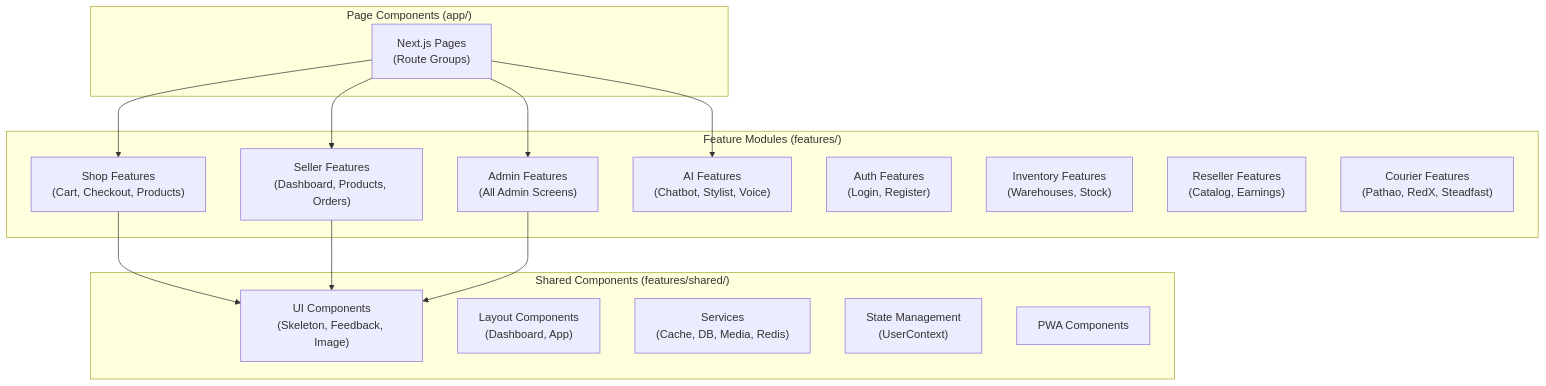
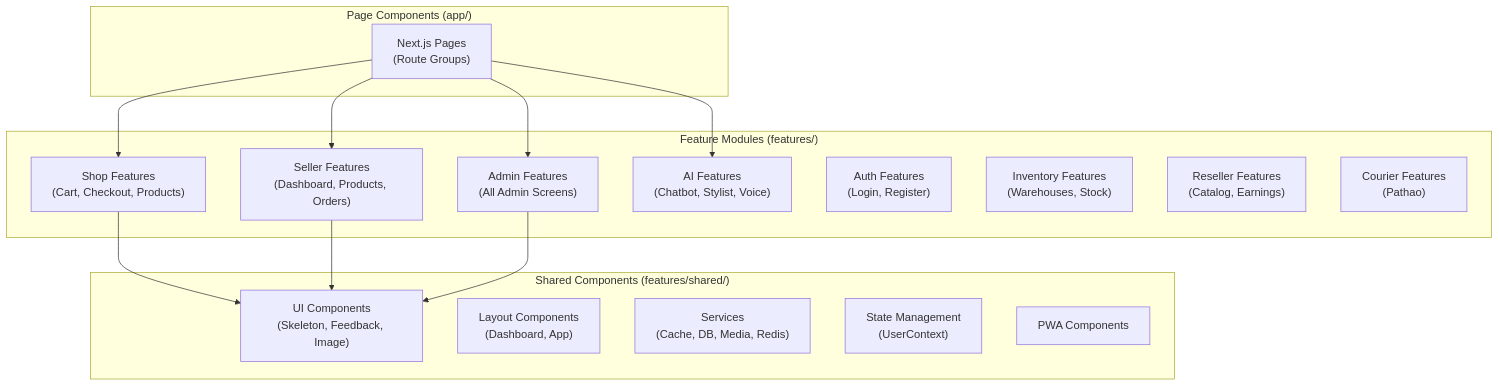
Before and after one commit to Suhan-Ahmad226/LofiMart: the seventh of 9 diagrams in docs/Architecture.md, drawn with Mermaid. The commit also changed other lines of this file and 672 other files, not shown here.

Commit message:
refactor: consolidate marketplace architecture and features

````diff
--- a/docs/Architecture.md
+++ b/docs/Architecture.md
@@ -280,33 +278,33 @@
 ```mermaid
 graph TB
     subgraph "Feature Modules (features/)"
         ShopFeatures["Shop Features<br/>(Cart, Checkout, Products)"]
         SellerFeatures["Seller Features<br/>(Dashboard, Products, Orders)"]
         AdminFeatures["Admin Features<br/>(All Admin Screens)"]
         AIFeatures["AI Features<br/>(Chatbot, Stylist, Voice)"]
         AuthFeatures["Auth Features<br/>(Login, Register)"]
         InventoryFeatures["Inventory Features<br/>(Warehouses, Stock)"]
         ResellerFeatures["Reseller Features<br/>(Catalog, Earnings)"]
-        CourierFeatures["Courier Features<br/>(Pathao, RedX, Steadfast)"]
+        CourierFeatures["Courier Features<br/>(Pathao)"]
     end
 
     subgraph "Shared Components (features/shared/)"
         UI["UI Components<br/>(Skeleton, Feedback, Image)"]
         Layout["Layout Components<br/>(Dashboard, App)"]
         Services["Services<br/>(Cache, DB, Media, Redis)"]
         State["State Management<br/>(UserContext)"]
         PWA["PWA Components"]
     end
 
     subgraph "Page Components (app/)"
         Pages["Next.js Pages<br/>(Route Groups)"]
     end
 
     Pages --> ShopFeatures
     Pages --> SellerFeatures
     Pages --> AdminFeatures
     Pages --> AIFeatures
     ShopFeatures --> UI
     SellerFeatures --> UI
     AdminFeatures --> UI
 ```
````
